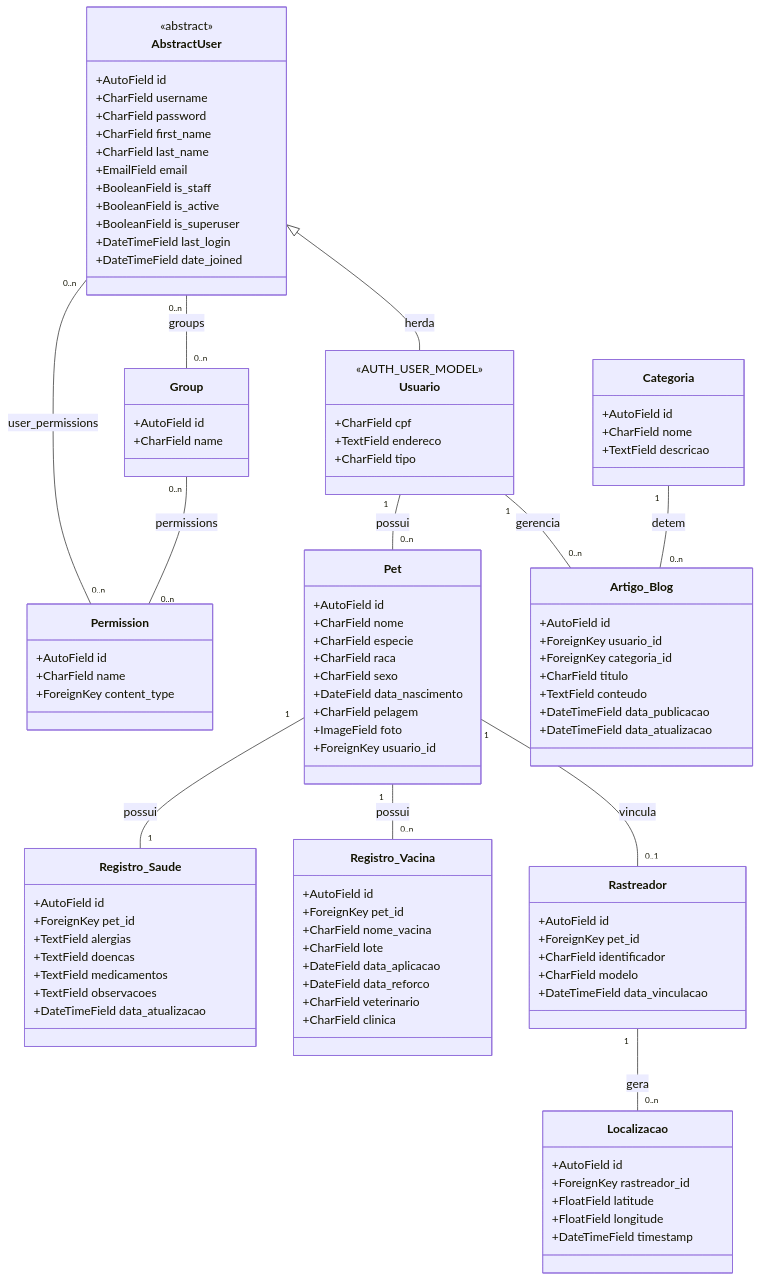
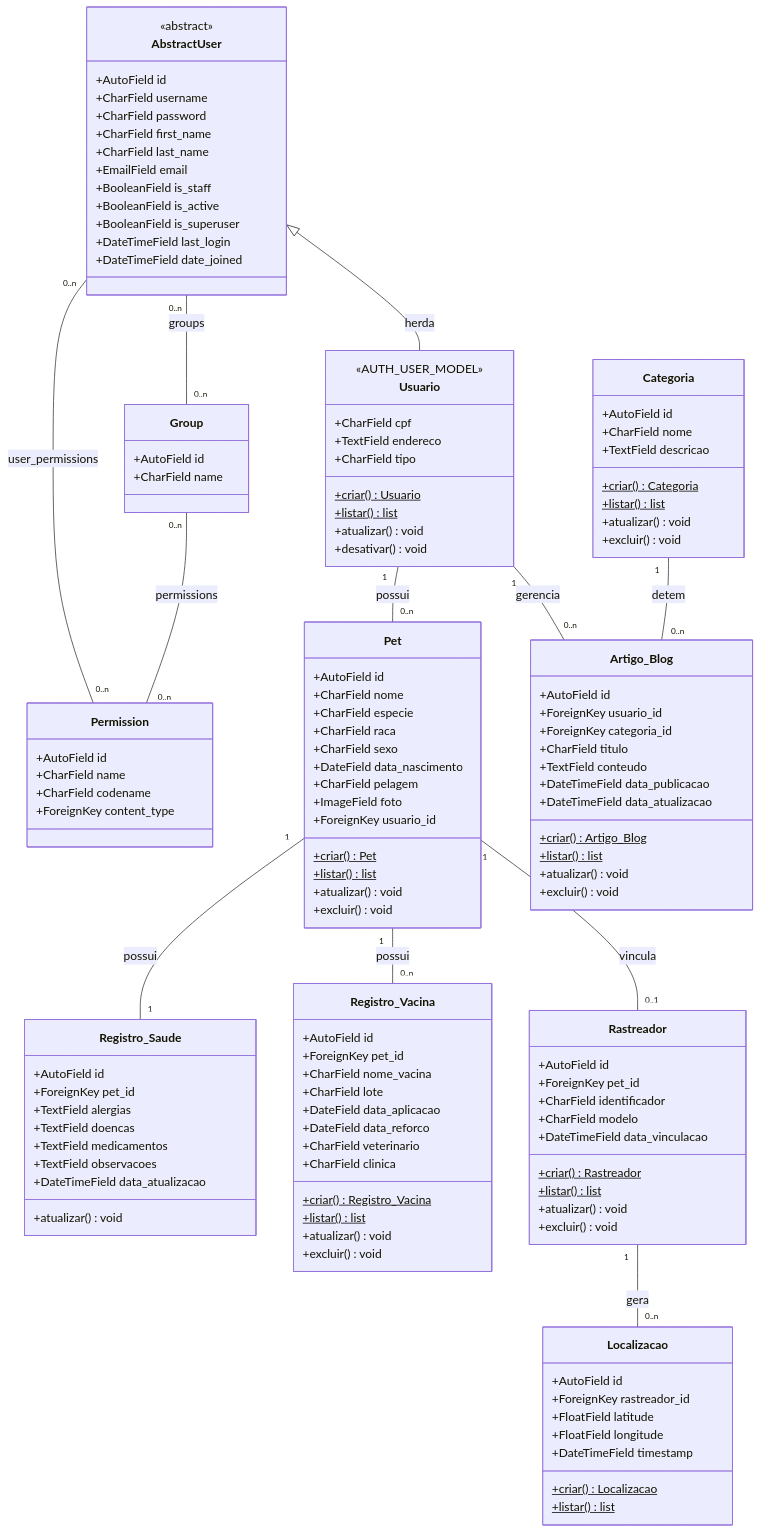
Before and after one commit to ErickGuxta/save_pet: the diagram in diagramaUML.mmd, drawn with Mermaid.

Commit message:
atualização diagrama

```diff
--- a/diagramaUML.mmd
+++ b/diagramaUML.mmd
@@ -1,113 +1,141 @@
 classDiagram
-    %% ===================== DJANGO.CONTRIB.AUTH =====================
+    %% ===================== DJANGO.CONTRIB.AUTH (framework, não implementado pelo projeto) =====================
     class AbstractUser {
         <<abstract>>
         +AutoField id
         +CharField username
         +CharField password
         +CharField first_name
         +CharField last_name
         +EmailField email
         +BooleanField is_staff
         +BooleanField is_active
         +BooleanField is_superuser
         +DateTimeField last_login
         +DateTimeField date_joined
     }
 
     class Group {
         +AutoField id
         +CharField name
     }
 
     class Permission {
         +AutoField id
         +CharField name
+        +CharField codename
         +ForeignKey content_type
     }
 
     AbstractUser "0..n" -- "0..n" Group : groups
     AbstractUser "0..n" -- "0..n" Permission : user_permissions
     Group "0..n" -- "0..n" Permission : permissions
 
     %% ===================== DOMÍNIO SAVEPET =====================
     class Usuario {
         <<AUTH_USER_MODEL>>
         +CharField cpf
         +TextField endereco
         +CharField tipo
+        +criar()$ Usuario
+        +listar()$ list
+        +atualizar() void
+        +desativar() void
     }
     AbstractUser <|-- Usuario : herda
 
     class Pet {
         +AutoField id
         +CharField nome
         +CharField especie
         +CharField raca
         +CharField sexo
         +DateField data_nascimento
         +CharField pelagem
         +ImageField foto
         +ForeignKey usuario_id
+        +criar()$ Pet
+        +listar()$ list
+        +atualizar() void
+        +excluir() void
     }
 
     class Registro_Saude {
         +AutoField id
         +ForeignKey pet_id
         +TextField alergias
         +TextField doencas
         +TextField medicamentos
         +TextField observacoes
         +DateTimeField data_atualizacao
+        +atualizar() void
     }
 
     class Registro_Vacina {
         +AutoField id
         +ForeignKey pet_id
         +CharField nome_vacina
         +CharField lote
         +DateField data_aplicacao
         +DateField data_reforco
         +CharField veterinario
         +CharField clinica
+        +criar()$ Registro_Vacina
+        +listar()$ list
+        +atualizar() void
+        +excluir() void
     }
 
     class Rastreador {
         +AutoField id
         +ForeignKey pet_id
         +CharField identificador
         +CharField modelo
         +DateTimeField data_vinculacao
+        +criar()$ Rastreador
+        +listar()$ list
+        +atualizar() void
+        +excluir() void
     }
 
     class Localizacao {
         +AutoField id
         +ForeignKey rastreador_id
         +FloatField latitude
         +FloatField longitude
         +DateTimeField timestamp
+        +criar()$ Localizacao
+        +listar()$ list
     }
 
     class Categoria {
         +AutoField id
         +CharField nome
         +TextField descricao
+        +criar()$ Categoria
+        +listar()$ list
+        +atualizar() void
+        +excluir() void
     }
 
     class Artigo_Blog {
         +AutoField id
         +ForeignKey usuario_id
         +ForeignKey categoria_id
         +CharField titulo
         +TextField conteudo
         +DateTimeField data_publicacao
         +DateTimeField data_atualizacao
+        +criar()$ Artigo_Blog
+        +listar()$ list
+        +atualizar() void
+        +excluir() void
     }
 
     Usuario "1" -- "0..n" Pet : possui
     Usuario "1" -- "0..n" Artigo_Blog : gerencia
     Pet "1" -- "1" Registro_Saude : possui
     Pet "1" -- "0..n" Registro_Vacina : possui
     Pet "1" -- "0..1" Rastreador : vincula
     Rastreador "1" -- "0..n" Localizacao : gera
     Categoria "1" -- "0..n" Artigo_Blog : detem
```
